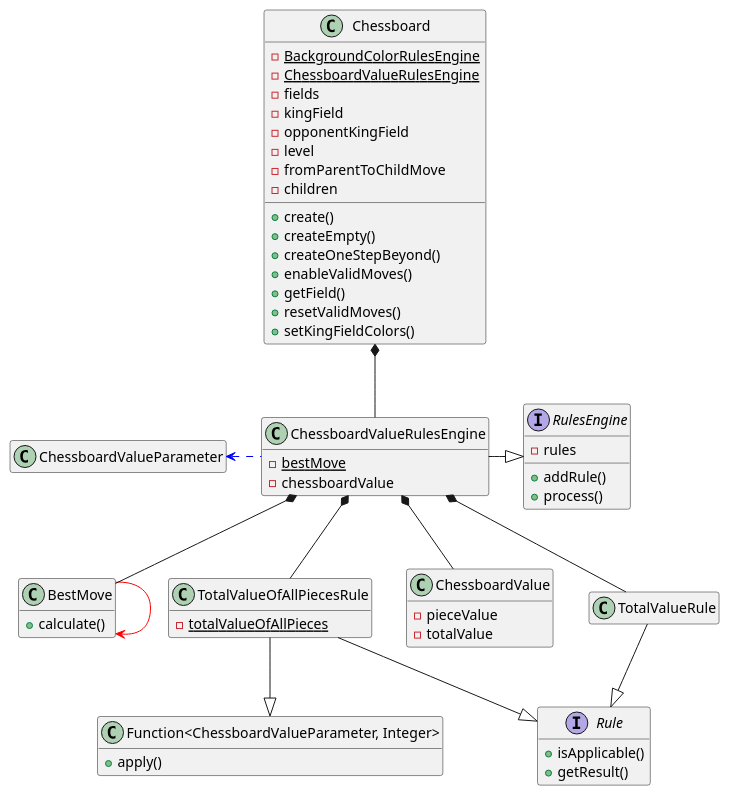
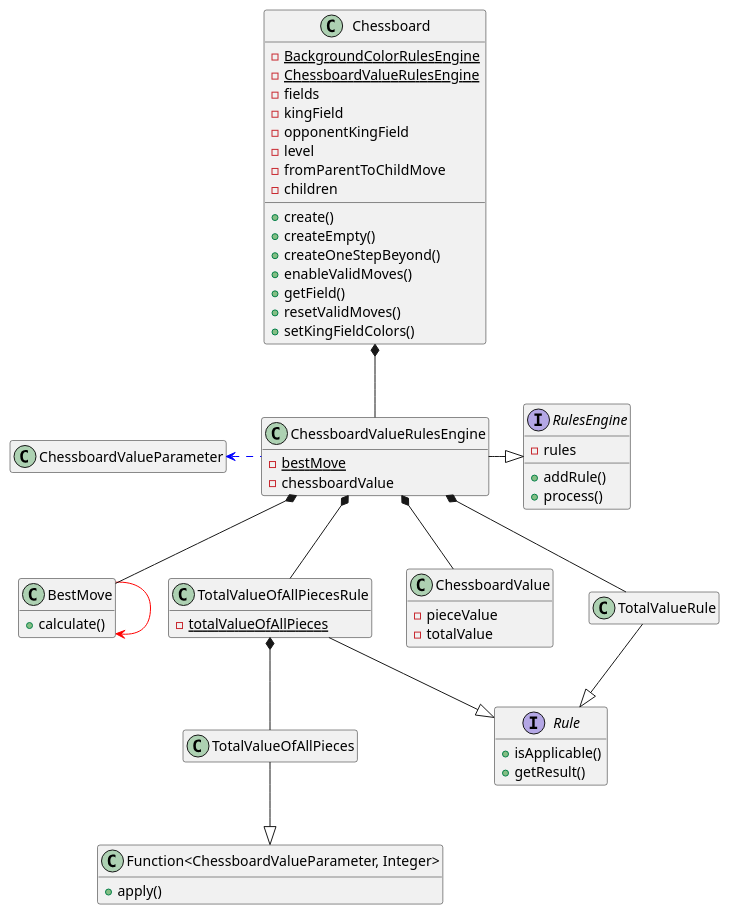
Before and after one commit to tiktaalick/chess-with-database: the diagram in game/src/main/resources/uml/ai.puml, drawn with PlantUML.

Commit message:
* Added a PlantUML class diagram describing the ai package.

```diff
--- a/game/src/main/resources/uml/ai.puml
+++ b/game/src/main/resources/uml/ai.puml
@@ -1,95 +1,96 @@
 @startuml
 
 '--------------'
 'Hidden members'
 '--------------'
 hide empty members
 
 '----'
 'Move'
 '----'
 class BestMove {
     + calculate()
 }
 
 class ChessboardValueRulesEngine {
     - {static} bestMove
     - chessboardValue
 }
 
 class TotalValueOfAllPiecesRule {
     - {static} totalValueOfAllPieces
 }
 
 class Chessboard {
     - {static} BackgroundColorRulesEngine
     - {static} ChessboardValueRulesEngine
     - fields
     - kingField
     - opponentKingField
     - level
     - fromParentToChildMove
     - children
     + create()
     + createEmpty()
     + createOneStepBeyond()
     + enableValidMoves()
     + getField()
     + resetValidMoves()
     + setKingFieldColors()
 }
 
 class ChessboardValue {
    - pieceValue
    - totalValue
 }
 
 class "Function<ChessboardValueParameter, Integer>" {
     + apply()
 }
 
 interface RulesEngine {
     - rules
     + addRule()
     + process()
 }
 
 interface Rule {
     + isApplicable()
     + getResult()
 }
 
 '---------'
 'Relations'
 '---------'
 Chessboard *-- ChessboardValueRulesEngine
 
 BestMove -[#red]-> BestMove
 ChessboardValueRulesEngine *-- BestMove
 ChessboardValueRulesEngine *-- ChessboardValue
 
 ChessboardValueRulesEngine -right-|> RulesEngine
 
 TotalValueOfAllPiecesRule --|> Rule
 TotalValueRule --|> Rule
 
 TotalValueOfAllPiecesRule -up-* ChessboardValueRulesEngine
 TotalValueRule -up-* ChessboardValueRulesEngine
 
-TotalValueOfAllPiecesRule --|> "Function<ChessboardValueParameter, Integer>"
+TotalValueOfAllPiecesRule *-- TotalValueOfAllPieces
+TotalValueOfAllPieces --|> "Function<ChessboardValueParameter, Integer>"
 
 ChessboardValueRulesEngine .left[#blue].> ChessboardValueParameter
 
 '-----'
 'Notes'
 '-----'
 'note right of BestMove {
 '    If a bishop does not perform a friendly
 '    fire on one of its own pieces, if it's
 '    not jumping, if it doesn't create a check
 '    on its own king, but it does perform a
 '    valid basic move it is a valid move. Otherwise
 '    it's not a valid move.
 '}
 
 @enduml
```
